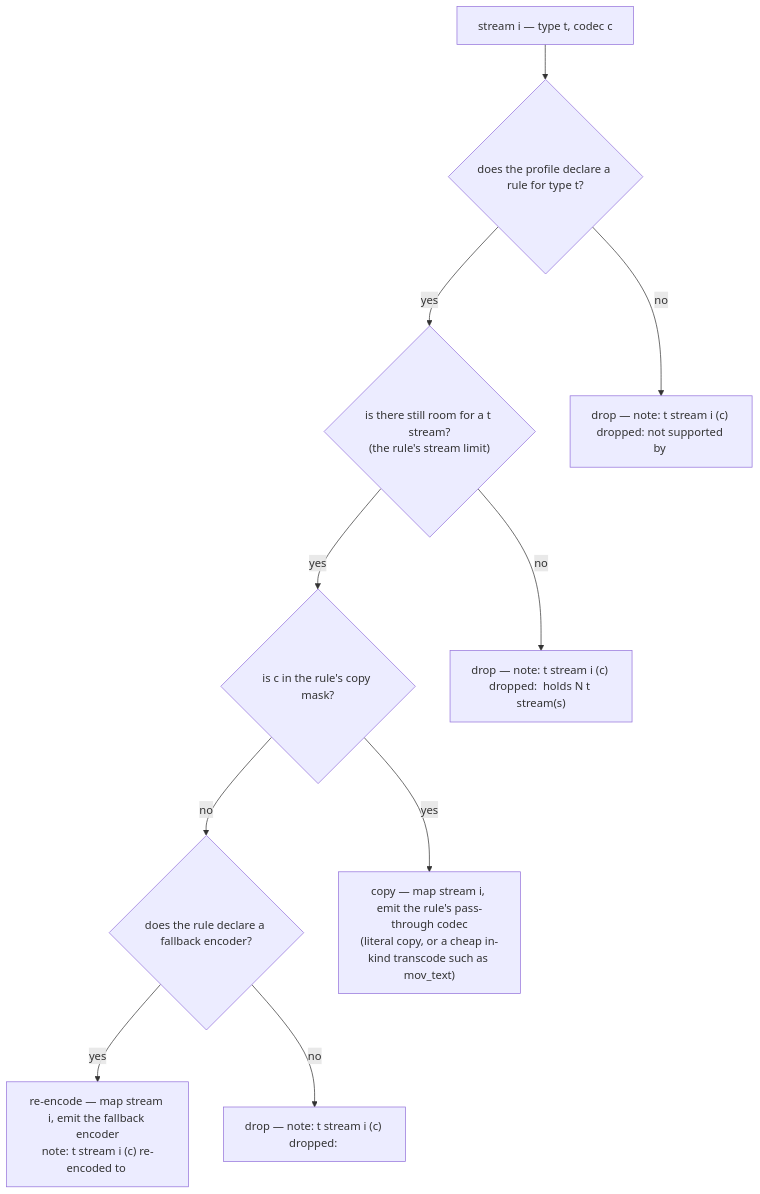
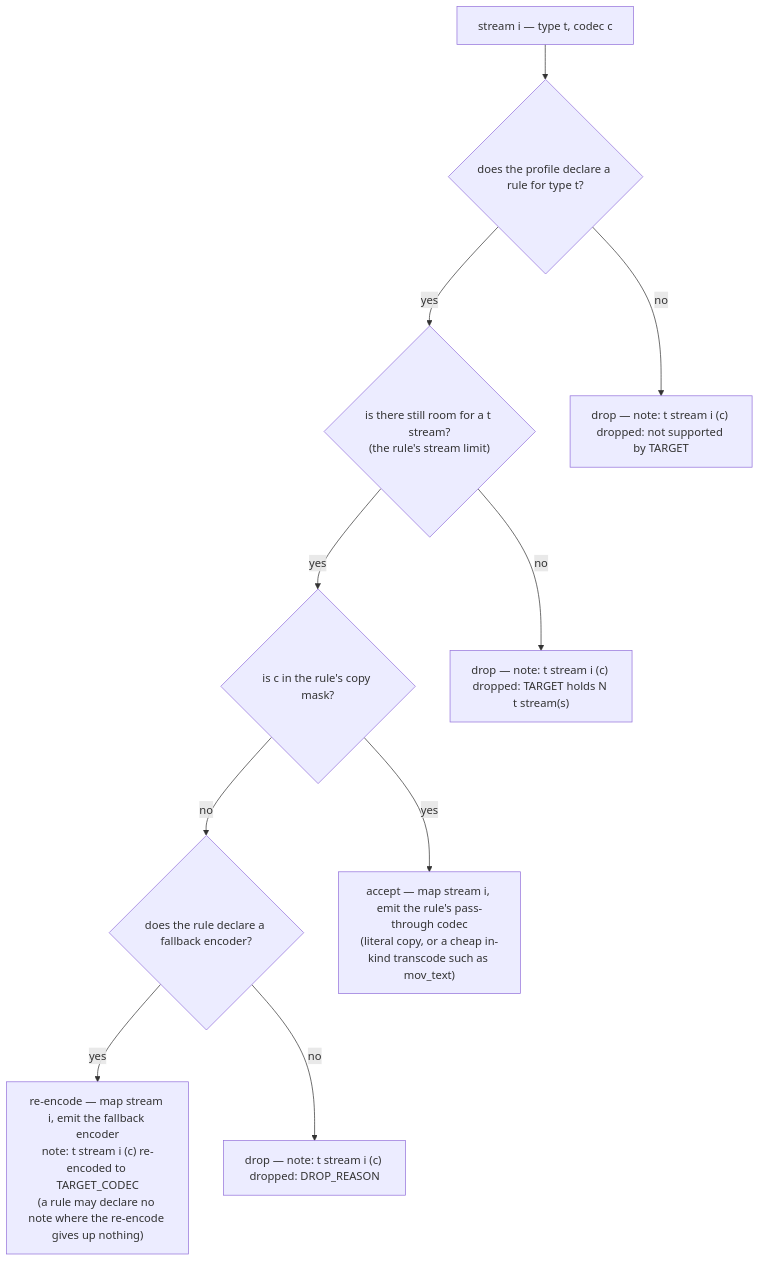
Before and after one commit to bhemsen/converter: the diagram in docs/design/stream-decision.md, drawn with Mermaid. The commit also changed other lines of this file and 5 other files, not shown here.

````diff
--- a/docs/design/stream-decision.md
+++ b/docs/design/stream-decision.md
@@ -14,23 +22,23 @@
 ```mermaid
 flowchart TD
     S["stream i — type t, codec c"]
     T{"does the profile declare a rule for type t?"}
     ROOM{"is there still room for a t stream?<br/>(the rule's stream limit)"}
     MASK{"is c in the rule's copy mask?"}
     ENC{"does the rule declare a fallback encoder?"}
-    COPY["copy — map stream i, emit the rule's pass-through codec<br/>(literal copy, or a cheap in-kind transcode such as mov_text)"]
-    REENC["re-encode — map stream i, emit the fallback encoder<br/>note: t stream i (c) re-encoded to <target codec>"]
-    D1["drop — note: t stream i (c) dropped: not supported by <target>"]
-    D2["drop — note: t stream i (c) dropped: <target> holds N t stream(s)"]
-    D3["drop — note: t stream i (c) dropped: <the rule's drop reason>"]
+    COPY["accept — map stream i, emit the rule's pass-through codec<br/>(literal copy, or a cheap in-kind transcode such as mov_text)"]
+    REENC["re-encode — map stream i, emit the fallback encoder<br/>note: t stream i (c) re-encoded to TARGET_CODEC<br/>(a rule may declare no note where the re-encode gives up nothing)"]
+    D1["drop — note: t stream i (c) dropped: not supported by TARGET"]
+    D2["drop — note: t stream i (c) dropped: TARGET holds N t stream(s)"]
+    D3["drop — note: t stream i (c) dropped: DROP_REASON"]
 
     S --> T
     T -->|"no"| D1
     T -->|"yes"| ROOM
     ROOM -->|"no"| D2
     ROOM -->|"yes"| MASK
     MASK -->|"yes"| COPY
     MASK -->|"no"| ENC
     ENC -->|"yes"| REENC
     ENC -->|"no"| D3
 ```
````
